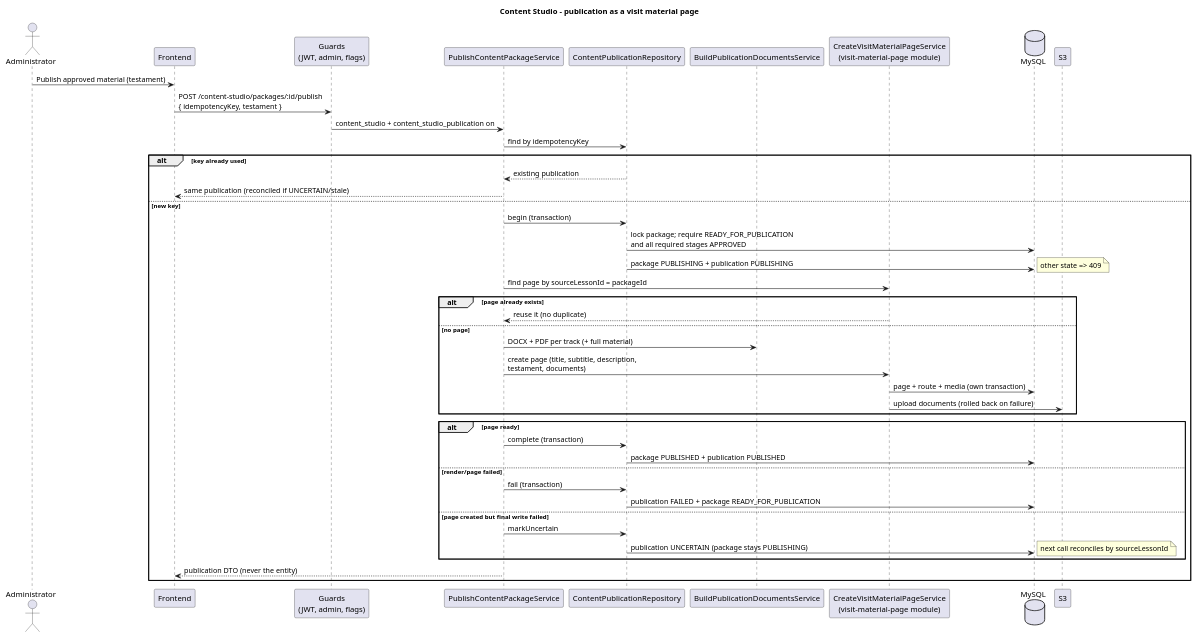
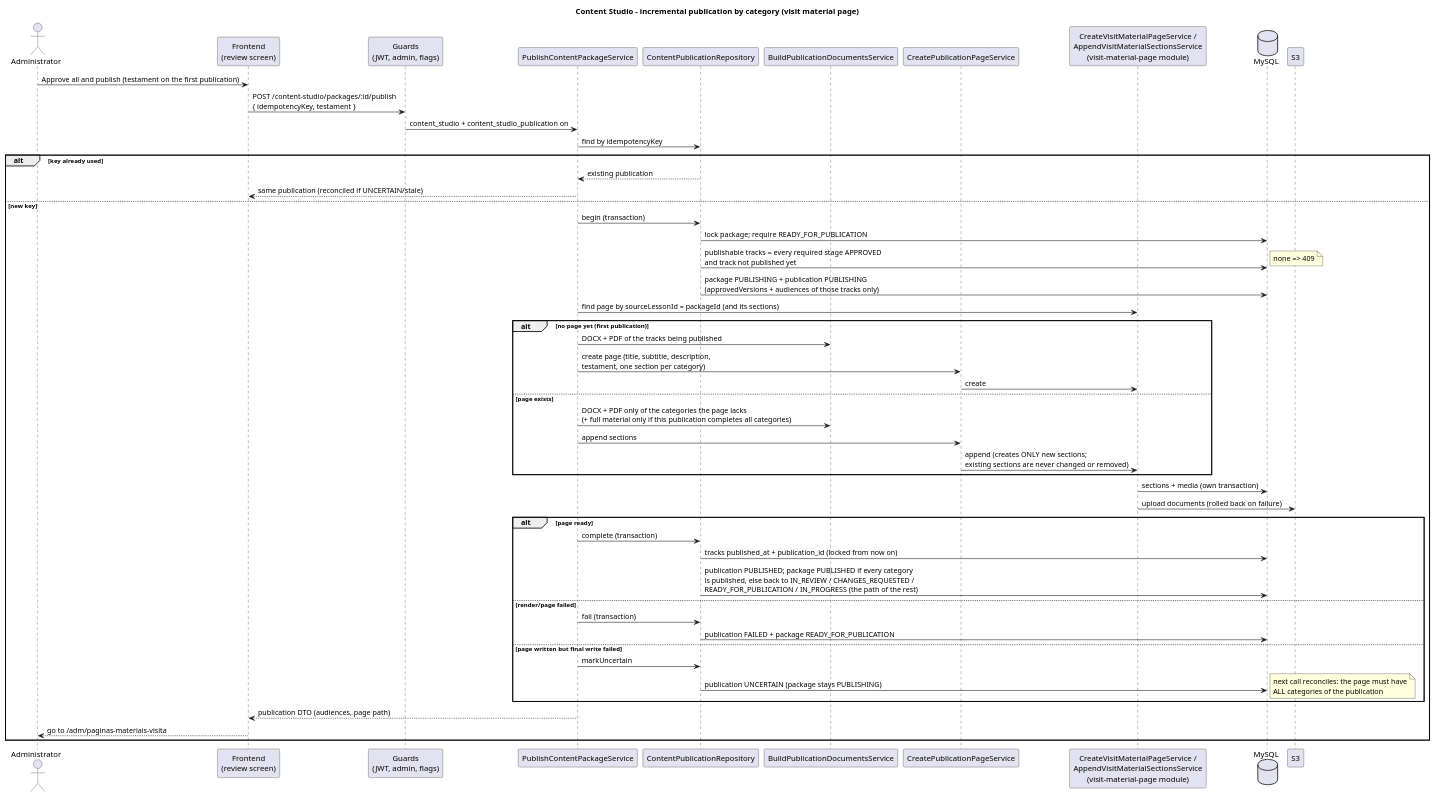
One commit to orfanatonib/orfanatonib-api changed the diagram in docs/diagrams/flow/content-studio/content-studio-publication.puml. Above: the diagram before and after it, drawn with PlantUML. The commit also changed 74 other files, not shown here.

First line of the commit message:
feat: enhance content publication and review processes

```diff
--- a/docs/diagrams/flow/content-studio/content-studio-publication.puml
+++ b/docs/diagrams/flow/content-studio/content-studio-publication.puml
@@ -1,48 +1,55 @@
 @startuml
-title Content Studio - publication as a visit material page
+title Content Studio - incremental publication by category (visit material page)
 
 actor Administrator
-participant "Frontend" as Frontend
+participant "Frontend\n(review screen)" as Frontend
 participant "Guards\n(JWT, admin, flags)" as Guards
 participant "PublishContentPackageService" as Publish
 participant "ContentPublicationRepository" as Repo
 participant "BuildPublicationDocumentsService" as Docs
-participant "CreateVisitMaterialPageService\n(visit-material-page module)" as Page
+participant "CreatePublicationPageService" as Pages
+participant "CreateVisitMaterialPageService /\nAppendVisitMaterialSectionsService\n(visit-material-page module)" as Page
 database "MySQL" as Db
 participant "S3" as S3
 
-Administrator -> Frontend: Publish approved material (testament)
+Administrator -> Frontend: Approve all and publish (testament on the first publication)
 Frontend -> Guards: POST /content-studio/packages/:id/publish\n{ idempotencyKey, testament }
 Guards -> Publish: content_studio + content_studio_publication on
 Publish -> Repo: find by idempotencyKey
 alt key already used
   Repo --> Publish: existing publication
   Publish --> Frontend: same publication (reconciled if UNCERTAIN/stale)
 else new key
   Publish -> Repo: begin (transaction)
-  Repo -> Db: lock package; require READY_FOR_PUBLICATION\nand all required stages APPROVED
-  Repo -> Db: package PUBLISHING + publication PUBLISHING
-  note right: other state => 409
-  Publish -> Page: find page by sourceLessonId = packageId
-  alt page already exists
-    Page --> Publish: reuse it (no duplicate)
-  else no page
-    Publish -> Docs: DOCX + PDF per track (+ full material)
-    Publish -> Page: create page (title, subtitle, description,\ntestament, documents)
-    Page -> Db: page + route + media (own transaction)
-    Page -> S3: upload documents (rolled back on failure)
+  Repo -> Db: lock package; require READY_FOR_PUBLICATION
+  Repo -> Db: publishable tracks = every required stage APPROVED\nand track not published yet
+  note right: none => 409
+  Repo -> Db: package PUBLISHING + publication PUBLISHING\n(approvedVersions + audiences of those tracks only)
+  Publish -> Page: find page by sourceLessonId = packageId (and its sections)
+  alt no page yet (first publication)
+    Publish -> Docs: DOCX + PDF of the tracks being published
+    Publish -> Pages: create page (title, subtitle, description,\ntestament, one section per category)
+    Pages -> Page: create
+  else page exists
+    Publish -> Docs: DOCX + PDF only of the categories the page lacks\n(+ full material only if this publication completes all categories)
+    Publish -> Pages: append sections
+    Pages -> Page: append (creates ONLY new sections;\nexisting sections are never changed or removed)
   end
+  Page -> Db: sections + media (own transaction)
+  Page -> S3: upload documents (rolled back on failure)
   alt page ready
     Publish -> Repo: complete (transaction)
-    Repo -> Db: package PUBLISHED + publication PUBLISHED
+    Repo -> Db: tracks published_at + publication_id (locked from now on)
+    Repo -> Db: publication PUBLISHED; package PUBLISHED if every category\nis published, else back to IN_REVIEW / CHANGES_REQUESTED /\nREADY_FOR_PUBLICATION / IN_PROGRESS (the path of the rest)
   else render/page failed
     Publish -> Repo: fail (transaction)
     Repo -> Db: publication FAILED + package READY_FOR_PUBLICATION
-  else page created but final write failed
+  else page written but final write failed
     Publish -> Repo: markUncertain
     Repo -> Db: publication UNCERTAIN (package stays PUBLISHING)
-    note right: next call reconciles by sourceLessonId
+    note right: next call reconciles: the page must have\nALL categories of the publication
   end
-  Publish --> Frontend: publication DTO (never the entity)
+  Publish --> Frontend: publication DTO (audiences, page path)
+  Frontend --> Administrator: go to /adm/paginas-materiais-visita
 end
 @enduml
```
